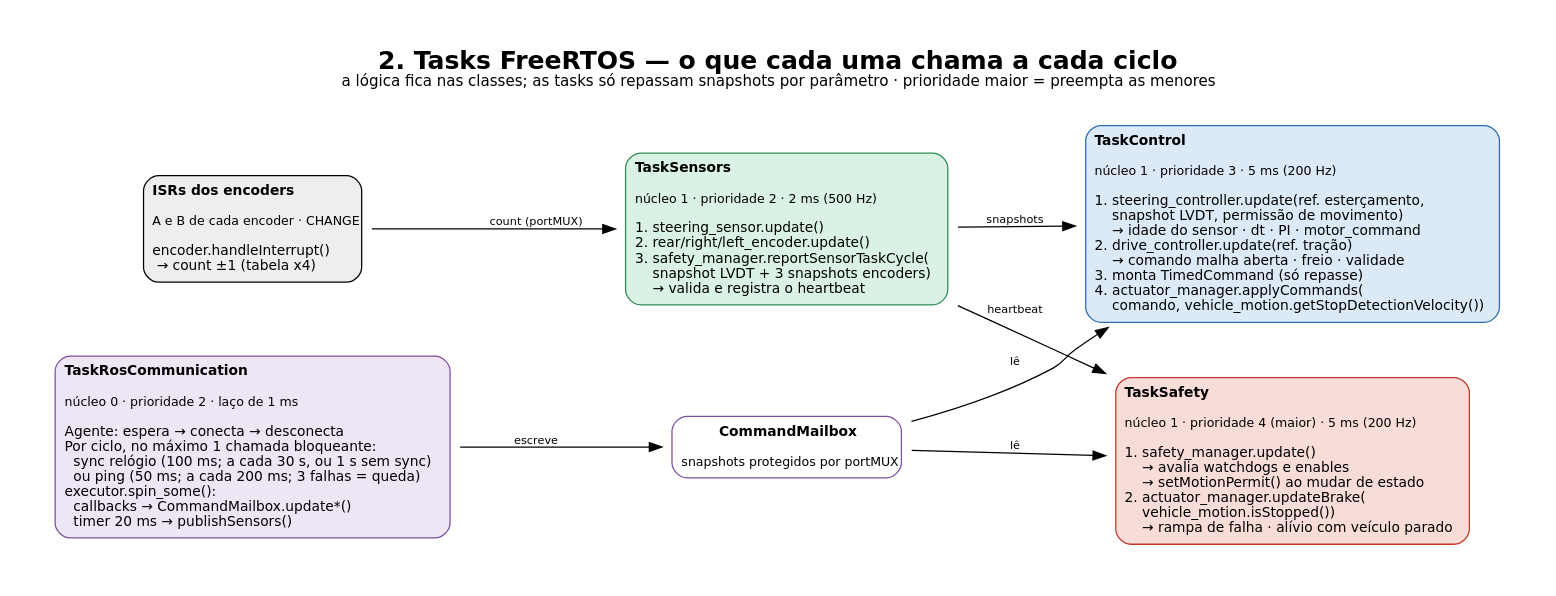
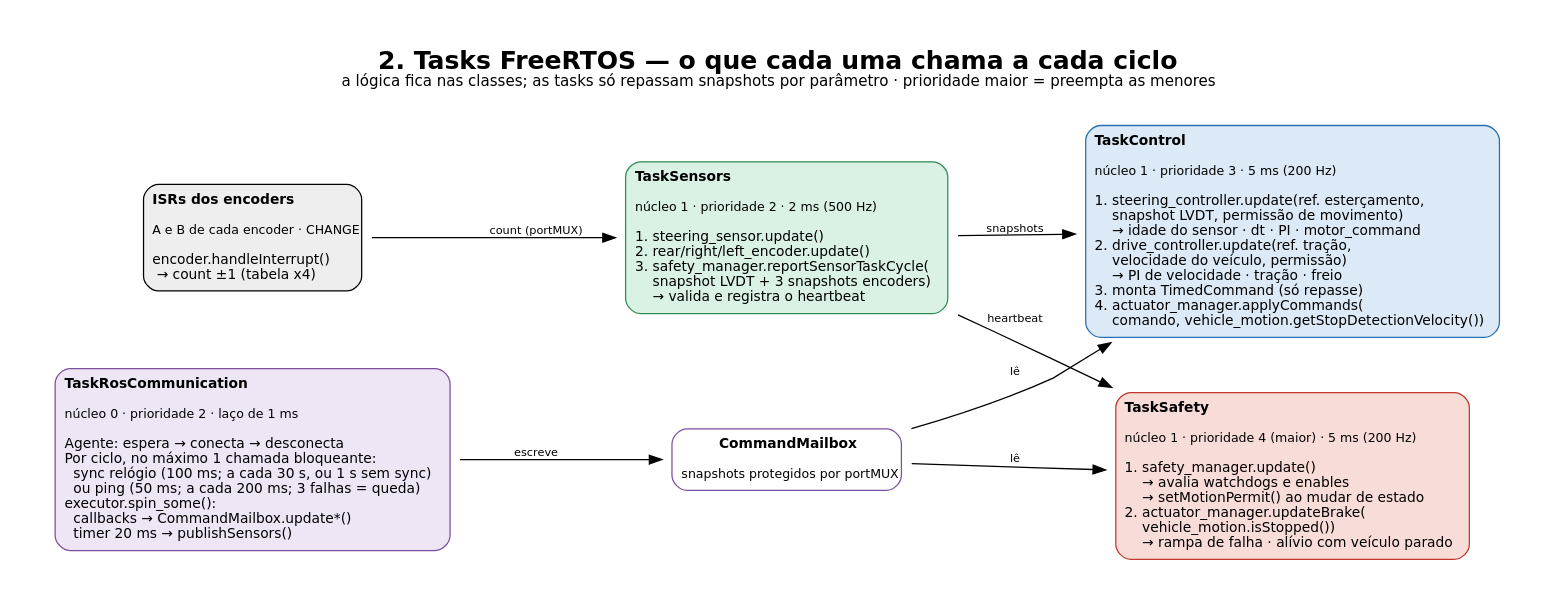
Before and after one commit to projeto-VIDA-UFLA/projeto-vida-firmware-esp32: the diagram in doc/arquitetura/2_tasks.dot, drawn with Graphviz. The commit also changed 12 other files, not shown here.

```diff
--- a/doc/arquitetura/2_tasks.dot
+++ b/doc/arquitetura/2_tasks.dot
@@ -1,55 +1,55 @@
 digraph G {
   graph [rankdir=LR, fontname="DejaVu Sans", fontsize=20, labelloc=t, nodesep=0.5, pad=0.4,
          label=<<B>2. Tasks FreeRTOS — o que cada uma chama a cada ciclo</B><BR/><FONT POINT-SIZE="12">a lógica fica nas classes; as tasks só repassam snapshots por parâmetro · prioridade maior = preempta as menores</FONT><BR/> >];
   node [fontname="DejaVu Sans", fontsize=11, shape=plaintext];
 
   isr [label=<
   <TABLE BORDER="1" CELLBORDER="0" CELLSPACING="0" CELLPADDING="6" STYLE="rounded" BGCOLOR="#eeeeee">
    <TR><TD ALIGN="LEFT"><B>ISRs dos encoders</B></TD></TR>
    <TR><TD ALIGN="LEFT"><FONT POINT-SIZE="10">A e B de cada encoder · CHANGE</FONT></TD></TR>
    <TR><TD ALIGN="LEFT">encoder.handleInterrupt()<BR ALIGN="LEFT"/>  → count ±1 (tabela x4)<BR ALIGN="LEFT"/></TD></TR>
   </TABLE>>];
 
   sens [label=<
   <TABLE BORDER="1" CELLBORDER="0" CELLSPACING="0" CELLPADDING="6" STYLE="rounded" BGCOLOR="#d9f2e3" COLOR="#2e8b57">
    <TR><TD ALIGN="LEFT"><B>TaskSensors</B></TD></TR>
    <TR><TD ALIGN="LEFT"><FONT POINT-SIZE="10">núcleo 1 · prioridade 2 · 2 ms (500 Hz)</FONT></TD></TR>
    <TR><TD ALIGN="LEFT">1. steering_sensor.update()<BR ALIGN="LEFT"/>2. rear/right/left_encoder.update()<BR ALIGN="LEFT"/>3. safety_manager.reportSensorTaskCycle(<BR ALIGN="LEFT"/>     snapshot LVDT + 3 snapshots encoders)<BR ALIGN="LEFT"/>     → valida e registra o heartbeat<BR ALIGN="LEFT"/></TD></TR>
   </TABLE>>];
 
   ctl [label=<
   <TABLE BORDER="1" CELLBORDER="0" CELLSPACING="0" CELLPADDING="6" STYLE="rounded" BGCOLOR="#dce9f7" COLOR="#2a6fb0">
    <TR><TD ALIGN="LEFT"><B>TaskControl</B></TD></TR>
    <TR><TD ALIGN="LEFT"><FONT POINT-SIZE="10">núcleo 1 · prioridade 3 · 5 ms (200 Hz)</FONT></TD></TR>
-   <TR><TD ALIGN="LEFT">1. steering_controller.update(ref. esterçamento,<BR ALIGN="LEFT"/>     snapshot LVDT, permissão de movimento)<BR ALIGN="LEFT"/>     → idade do sensor · dt · PI · motor_command<BR ALIGN="LEFT"/>2. drive_controller.update(ref. tração)<BR ALIGN="LEFT"/>     → comando malha aberta · freio · validade<BR ALIGN="LEFT"/>3. monta TimedCommand (só repasse)<BR ALIGN="LEFT"/>4. actuator_manager.applyCommands(<BR ALIGN="LEFT"/>     comando, vehicle_motion.getStopDetectionVelocity())<BR ALIGN="LEFT"/></TD></TR>
+   <TR><TD ALIGN="LEFT">1. steering_controller.update(ref. esterçamento,<BR ALIGN="LEFT"/>     snapshot LVDT, permissão de movimento)<BR ALIGN="LEFT"/>     → idade do sensor · dt · PI · motor_command<BR ALIGN="LEFT"/>2. drive_controller.update(ref. tração,<BR ALIGN="LEFT"/>     velocidade do veículo, permissão)<BR ALIGN="LEFT"/>     → PI de velocidade · tração · freio<BR ALIGN="LEFT"/>3. monta TimedCommand (só repasse)<BR ALIGN="LEFT"/>4. actuator_manager.applyCommands(<BR ALIGN="LEFT"/>     comando, vehicle_motion.getStopDetectionVelocity())<BR ALIGN="LEFT"/></TD></TR>
   </TABLE>>];
 
   saf [label=<
   <TABLE BORDER="1" CELLBORDER="0" CELLSPACING="0" CELLPADDING="6" STYLE="rounded" BGCOLOR="#f8dcd8" COLOR="#c0392b">
    <TR><TD ALIGN="LEFT"><B>TaskSafety</B></TD></TR>
    <TR><TD ALIGN="LEFT"><FONT POINT-SIZE="10">núcleo 1 · prioridade 4 (maior) · 5 ms (200 Hz)</FONT></TD></TR>
    <TR><TD ALIGN="LEFT">1. safety_manager.update()<BR ALIGN="LEFT"/>     → avalia watchdogs e enables<BR ALIGN="LEFT"/>     → setMotionPermit() ao mudar de estado<BR ALIGN="LEFT"/>2. actuator_manager.updateBrake(<BR ALIGN="LEFT"/>     vehicle_motion.isStopped())<BR ALIGN="LEFT"/>     → rampa de falha · alívio com veículo parado<BR ALIGN="LEFT"/></TD></TR>
   </TABLE>>];
 
   ros [label=<
   <TABLE BORDER="1" CELLBORDER="0" CELLSPACING="0" CELLPADDING="6" STYLE="rounded" BGCOLOR="#efe6f5" COLOR="#7b4fa0">
    <TR><TD ALIGN="LEFT"><B>TaskRosCommunication</B></TD></TR>
    <TR><TD ALIGN="LEFT"><FONT POINT-SIZE="10">núcleo 0 · prioridade 2 · laço de 1 ms</FONT></TD></TR>
    <TR><TD ALIGN="LEFT">Agente: espera → conecta → desconecta<BR ALIGN="LEFT"/>Por ciclo, no máximo 1 chamada bloqueante:<BR ALIGN="LEFT"/>   sync relógio (100 ms; a cada 30 s, ou 1 s sem sync)<BR ALIGN="LEFT"/>   ou ping (50 ms; a cada 200 ms; 3 falhas = queda)<BR ALIGN="LEFT"/>executor.spin_some():<BR ALIGN="LEFT"/>   callbacks → CommandMailbox.update*()<BR ALIGN="LEFT"/>   timer 20 ms → publishSensors()<BR ALIGN="LEFT"/></TD></TR>
   </TABLE>>];
 
   mb [label=<
   <TABLE BORDER="1" CELLBORDER="0" CELLSPACING="0" CELLPADDING="6" STYLE="rounded" BGCOLOR="#ffffff" COLOR="#7b4fa0">
    <TR><TD><B>CommandMailbox</B></TD></TR>
    <TR><TD><FONT POINT-SIZE="10">snapshots protegidos por portMUX</FONT></TD></TR>
   </TABLE>>];
 
   isr -> sens [label="  count (portMUX)  ", fontname="DejaVu Sans", fontsize=9];
   ros -> mb [label="  escreve  ", fontsize=9, fontname="DejaVu Sans"];
   mb -> ctl [label="  lê  ", fontsize=9, fontname="DejaVu Sans"];
   mb -> saf [label="  lê  ", fontsize=9, fontname="DejaVu Sans"];
   sens -> ctl [label="  snapshots  ", fontsize=9, fontname="DejaVu Sans"];
   sens -> saf [label="  heartbeat  ", fontsize=9, fontname="DejaVu Sans"];
   { rank=same; ctl; saf; }
   { rank=same; isr; ros; }
 }
```
